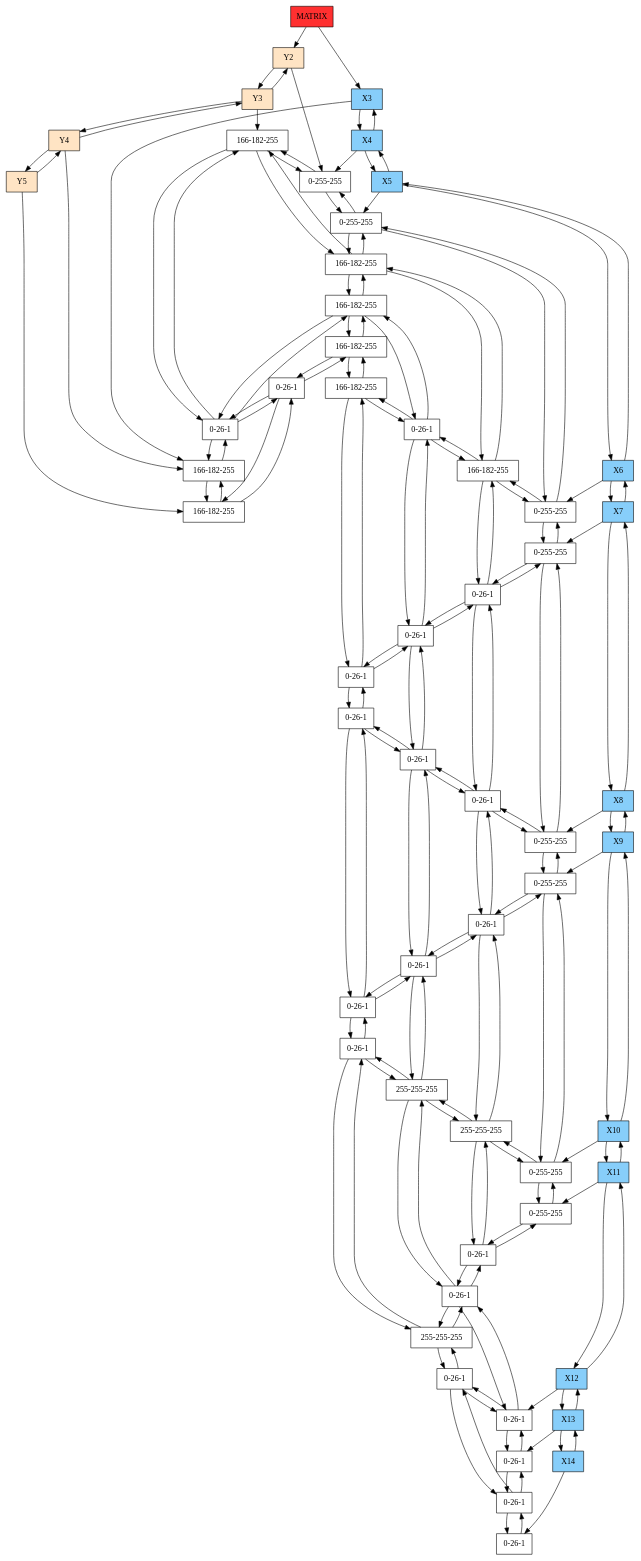
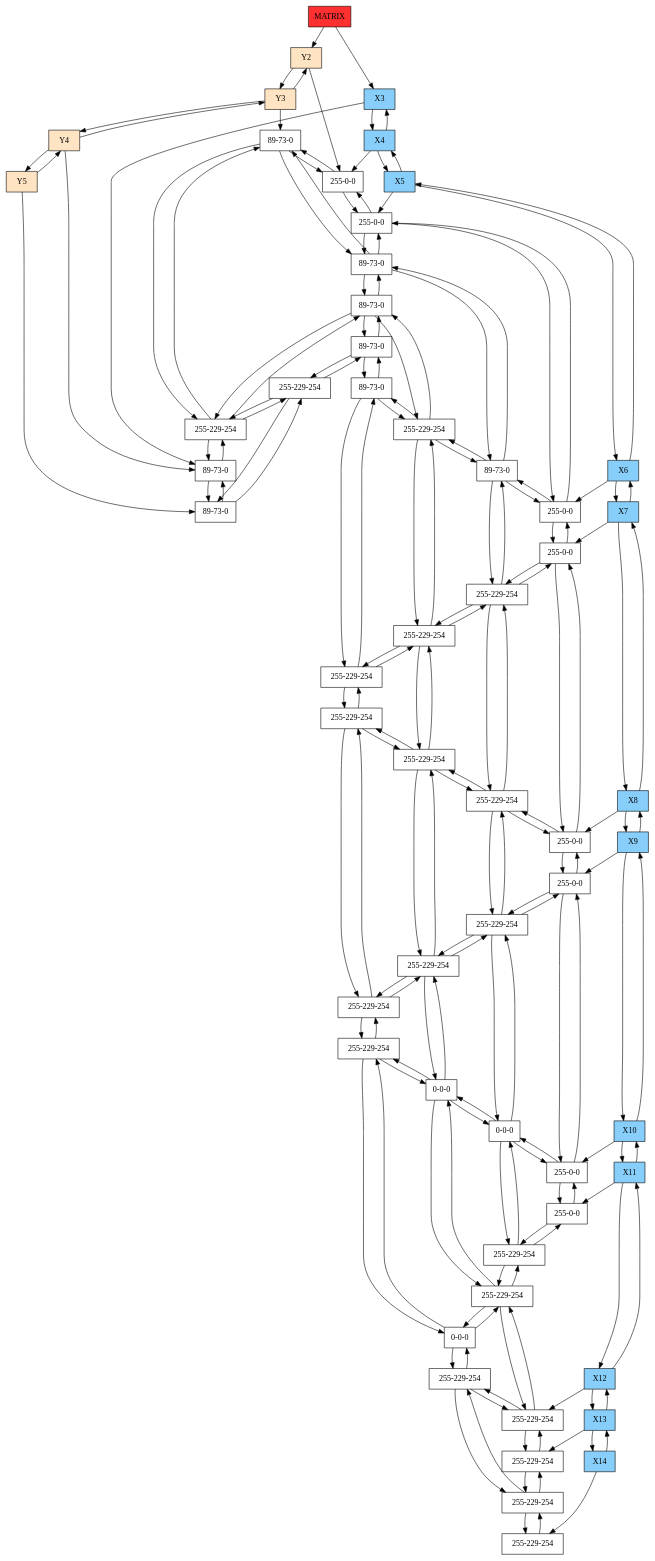
The diagram in DOT-Images/Dispersa2.dot (LuisRivera96/Proyecto1_EDD_USAC), drawn with Graphviz before and after one commit. The commit also changed 9 other files, not shown here.

```diff
--- a/DOT-Images/Dispersa2.dot
+++ b/DOT-Images/Dispersa2.dot
@@ -1,154 +1,154 @@
 digraph DISPERSA{
 node[shape=box];
 graph[nodesep = 0.5];
 header[label="MATRIX" style=filled, fillcolor=firebrick1, pos="0,0!"];
 Y2[label="Y2"  style = filled, fillcolor = bisque1, pos="0,-2!"];
 Y3[label="Y3"  style = filled, fillcolor = bisque1, pos="0,-3!"];
 Y4[label="Y4"  style = filled, fillcolor = bisque1, pos="0,-4!"];
 Y5[label="Y5"  style = filled, fillcolor = bisque1, pos="0,-5!"];
 X3[label="X3" style=filled, fillcolor=lightskyblue, pos="3,0!"];
 X4[label="X4" style=filled, fillcolor=lightskyblue, pos="4,0!"];
 X5[label="X5" style=filled, fillcolor=lightskyblue, pos="5,0!"];
 X6[label="X6" style=filled, fillcolor=lightskyblue, pos="6,0!"];
 X7[label="X7" style=filled, fillcolor=lightskyblue, pos="7,0!"];
 X8[label="X8" style=filled, fillcolor=lightskyblue, pos="8,0!"];
 X9[label="X9" style=filled, fillcolor=lightskyblue, pos="9,0!"];
 X10[label="X10" style=filled, fillcolor=lightskyblue, pos="10,0!"];
 X11[label="X11" style=filled, fillcolor=lightskyblue, pos="11,0!"];
 X12[label="X12" style=filled, fillcolor=lightskyblue, pos="12,0!"];
 X13[label="X13" style=filled, fillcolor=lightskyblue, pos="13,0!"];
 X14[label="X14" style=filled, fillcolor=lightskyblue, pos="14,0!"];
 header ->Y2;
 header ->X3;
 Y2 -> Y3 -> Y2;
 Y3 -> Y4 -> Y3;
 Y4 -> Y5 -> Y4;
 X3 -> X4 -> X3;
 X4 -> X5 -> X4;
 X5 -> X6 -> X5;
 X6 -> X7 -> X6;
 X7 -> X8 -> X7;
 X8 -> X9 -> X8;
 X9 -> X10 -> X9;
 X10 -> X11 -> X10;
 X11 -> X12 -> X11;
 X12 -> X13 -> X12;
 X13 -> X14 -> X13;
-X4Y2[label="0-255-255" pos="4,-2!"];
-X5Y2[label="0-255-255" pos="5,-2!"];
-X6Y2[label="0-255-255" pos="6,-2!"];
-X7Y2[label="0-255-255" pos="7,-2!"];
-X8Y2[label="0-255-255" pos="8,-2!"];
-X9Y2[label="0-255-255" pos="9,-2!"];
-X10Y2[label="0-255-255" pos="10,-2!"];
-X11Y2[label="0-255-255" pos="11,-2!"];
-X4Y3[label="166-182-255" pos="4,-3!"];
-X5Y3[label="166-182-255" pos="5,-3!"];
-X6Y3[label="166-182-255" pos="6,-3!"];
-X7Y3[label="0-26-1" pos="7,-3!"];
-X8Y3[label="0-26-1" pos="8,-3!"];
-X9Y3[label="0-26-1" pos="9,-3!"];
-X10Y3[label="255-255-255" pos="10,-3!"];
-X11Y3[label="0-26-1" pos="11,-3!"];
-X3Y4[label="166-182-255" pos="3,-4!"];
-X4Y4[label="0-26-1" pos="4,-4!"];
-X5Y4[label="166-182-255" pos="5,-4!"];
-X6Y4[label="0-26-1" pos="6,-4!"];
-X7Y4[label="0-26-1" pos="7,-4!"];
-X8Y4[label="0-26-1" pos="8,-4!"];
-X9Y4[label="0-26-1" pos="9,-4!"];
-X10Y4[label="255-255-255" pos="10,-4!"];
-X11Y4[label="0-26-1" pos="11,-4!"];
-X12Y4[label="0-26-1" pos="12,-4!"];
-X13Y4[label="0-26-1" pos="13,-4!"];
-X3Y5[label="166-182-255" pos="3,-5!"];
-X4Y5[label="0-26-1" pos="4,-5!"];
-X5Y5[label="166-182-255" pos="5,-5!"];
-X6Y5[label="166-182-255" pos="6,-5!"];
-X7Y5[label="0-26-1" pos="7,-5!"];
-X8Y5[label="0-26-1" pos="8,-5!"];
-X9Y5[label="0-26-1" pos="9,-5!"];
-X10Y5[label="0-26-1" pos="10,-5!"];
-X11Y5[label="255-255-255" pos="11,-5!"];
-X12Y5[label="0-26-1" pos="12,-5!"];
-X13Y5[label="0-26-1" pos="13,-5!"];
-X14Y5[label="0-26-1" pos="14,-5!"];
+X4Y2[label="255-0-0" pos="4,-2!"];
+X5Y2[label="255-0-0" pos="5,-2!"];
+X6Y2[label="255-0-0" pos="6,-2!"];
+X7Y2[label="255-0-0" pos="7,-2!"];
+X8Y2[label="255-0-0" pos="8,-2!"];
+X9Y2[label="255-0-0" pos="9,-2!"];
+X10Y2[label="255-0-0" pos="10,-2!"];
+X11Y2[label="255-0-0" pos="11,-2!"];
+X4Y3[label="89-73-0" pos="4,-3!"];
+X5Y3[label="89-73-0" pos="5,-3!"];
+X6Y3[label="89-73-0" pos="6,-3!"];
+X7Y3[label="255-229-254" pos="7,-3!"];
+X8Y3[label="255-229-254" pos="8,-3!"];
+X9Y3[label="255-229-254" pos="9,-3!"];
+X10Y3[label="0-0-0" pos="10,-3!"];
+X11Y3[label="255-229-254" pos="11,-3!"];
+X3Y4[label="89-73-0" pos="3,-4!"];
+X4Y4[label="255-229-254" pos="4,-4!"];
+X5Y4[label="89-73-0" pos="5,-4!"];
+X6Y4[label="255-229-254" pos="6,-4!"];
+X7Y4[label="255-229-254" pos="7,-4!"];
+X8Y4[label="255-229-254" pos="8,-4!"];
+X9Y4[label="255-229-254" pos="9,-4!"];
+X10Y4[label="0-0-0" pos="10,-4!"];
+X11Y4[label="255-229-254" pos="11,-4!"];
+X12Y4[label="255-229-254" pos="12,-4!"];
+X13Y4[label="255-229-254" pos="13,-4!"];
+X3Y5[label="89-73-0" pos="3,-5!"];
+X4Y5[label="255-229-254" pos="4,-5!"];
+X5Y5[label="89-73-0" pos="5,-5!"];
+X6Y5[label="89-73-0" pos="6,-5!"];
+X7Y5[label="255-229-254" pos="7,-5!"];
+X8Y5[label="255-229-254" pos="8,-5!"];
+X9Y5[label="255-229-254" pos="9,-5!"];
+X10Y5[label="255-229-254" pos="10,-5!"];
+X11Y5[label="0-0-0" pos="11,-5!"];
+X12Y5[label="255-229-254" pos="12,-5!"];
+X13Y5[label="255-229-254" pos="13,-5!"];
+X14Y5[label="255-229-254" pos="14,-5!"];
 Y2 -> X4Y2;
 X3 -> X3Y4;
 X4 -> X4Y2;
 X5 -> X5Y2;
 X6 -> X6Y2;
 X7 -> X7Y2;
 X8 -> X8Y2;
 X9 -> X9Y2;
 X10 -> X10Y2;
 X11 -> X11Y2;
 X12 -> X12Y4;
 X13 -> X13Y4;
 X14 -> X14Y5;
 X4Y2 -> X5Y2 -> X4Y2;
 X4Y2 -> X4Y3 -> X4Y2;
 X5Y2 -> X6Y2 -> X5Y2;
 X5Y2 -> X5Y3 -> X5Y2;
 X6Y2 -> X7Y2 -> X6Y2;
 X6Y2 -> X6Y3 -> X6Y2;
 X7Y2 -> X8Y2 -> X7Y2;
 X7Y2 -> X7Y3 -> X7Y2;
 X8Y2 -> X9Y2 -> X8Y2;
 X8Y2 -> X8Y3 -> X8Y2;
 X9Y2 -> X10Y2 -> X9Y2;
 X9Y2 -> X9Y3 -> X9Y2;
 X10Y2 -> X11Y2 -> X10Y2;
 X10Y2 -> X10Y3 -> X10Y2;
 X11Y2 -> X11Y3 -> X11Y2;
 Y3 -> X4Y3;
 X4Y3 -> X5Y3 -> X4Y3;
 X4Y3 -> X4Y4 -> X4Y3;
 X5Y3 -> X6Y3 -> X5Y3;
 X5Y3 -> X5Y4 -> X5Y3;
 X6Y3 -> X7Y3 -> X6Y3;
 X6Y3 -> X6Y4 -> X6Y3;
 X7Y3 -> X8Y3 -> X7Y3;
 X7Y3 -> X7Y4 -> X7Y3;
 X8Y3 -> X9Y3 -> X8Y3;
 X8Y3 -> X8Y4 -> X8Y3;
 X9Y3 -> X10Y3 -> X9Y3;
 X9Y3 -> X9Y4 -> X9Y3;
 X10Y3 -> X11Y3 -> X10Y3;
 X10Y3 -> X10Y4 -> X10Y3;
 X11Y3 -> X11Y4 -> X11Y3;
 Y4 -> X3Y4;
 X3Y4 -> X4Y4 -> X3Y4;
 X3Y4 -> X3Y5 -> X3Y4;
 X4Y4 -> X5Y4 -> X4Y4;
 X4Y4 -> X4Y5 -> X4Y4;
 X5Y4 -> X6Y4 -> X5Y4;
 X5Y4 -> X5Y5 -> X5Y4;
 X6Y4 -> X7Y4 -> X6Y4;
 X6Y4 -> X6Y5 -> X6Y4;
 X7Y4 -> X8Y4 -> X7Y4;
 X7Y4 -> X7Y5 -> X7Y4;
 X8Y4 -> X9Y4 -> X8Y4;
 X8Y4 -> X8Y5 -> X8Y4;
 X9Y4 -> X10Y4 -> X9Y4;
 X9Y4 -> X9Y5 -> X9Y4;
 X10Y4 -> X11Y4 -> X10Y4;
 X10Y4 -> X10Y5 -> X10Y4;
 X11Y4 -> X12Y4 -> X11Y4;
 X11Y4 -> X11Y5 -> X11Y4;
 X12Y4 -> X13Y4 -> X12Y4;
 X12Y4 -> X12Y5 -> X12Y4;
 X13Y4 -> X13Y5 -> X13Y4;
 Y5 -> X3Y5;
 X3Y5 -> X4Y5 -> X3Y5;
 X4Y5 -> X5Y5 -> X4Y5;
 X5Y5 -> X6Y5 -> X5Y5;
 X6Y5 -> X7Y5 -> X6Y5;
 X7Y5 -> X8Y5 -> X7Y5;
 X8Y5 -> X9Y5 -> X8Y5;
 X9Y5 -> X10Y5 -> X9Y5;
 X10Y5 -> X11Y5 -> X10Y5;
 X11Y5 -> X12Y5 -> X11Y5;
 X12Y5 -> X13Y5 -> X12Y5;
 X13Y5 -> X14Y5 -> X13Y5;
 }
```
